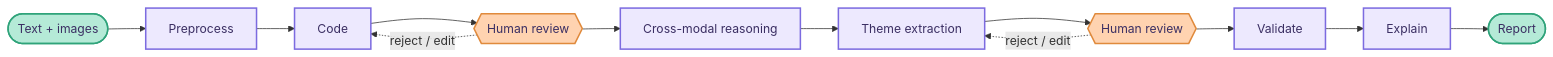
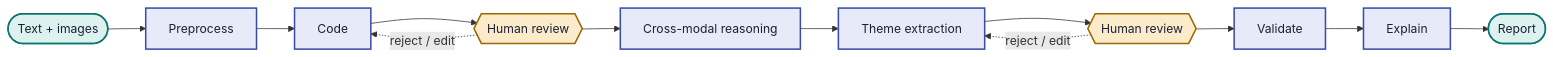
Before and after one commit to Mehrun-NisaRahman/Mehrun-NisaRahman: the diagram in README.md, drawn with Mermaid. The commit also changed other lines of this file and 20 other files, not shown here.

````diff
--- a/README.md
+++ b/README.md
@@ -66,20 +107,20 @@
 ```mermaid
 flowchart LR
     D([Text + images]) --> P[Preprocess]
     P --> C[Code]
     C --> H1{{Human review}}
     H1 --> X[Cross-modal reasoning]
     X --> T[Theme extraction]
     T --> H2{{Human review}}
     H2 --> V[Validate]
     V --> E[Explain]
     E --> R([Report])
     H1 -.->|reject / edit| C
     H2 -.->|reject / edit| T
-    classDef agent fill:#EDE9FE,stroke:#7c6be0,stroke-width:2px,color:#3B2F63
-    classDef human fill:#FFD3B0,stroke:#e08a3c,stroke-width:2px,color:#3B2F63
-    classDef io fill:#B5EAD7,stroke:#2fa37a,stroke-width:2px,color:#3B2F63
+    classDef agent fill:#E6EAF9,stroke:#3B4BA8,stroke-width:2px,color:#1B2236
+    classDef human fill:#FBEBCB,stroke:#9A6700,stroke-width:2px,color:#1B2236
+    classDef io fill:#DDF1EE,stroke:#0E7470,stroke-width:2px,color:#1B2236
     class P,C,X,T,V,E agent
     class H1,H2 human
     class D,R io
 ```
````
